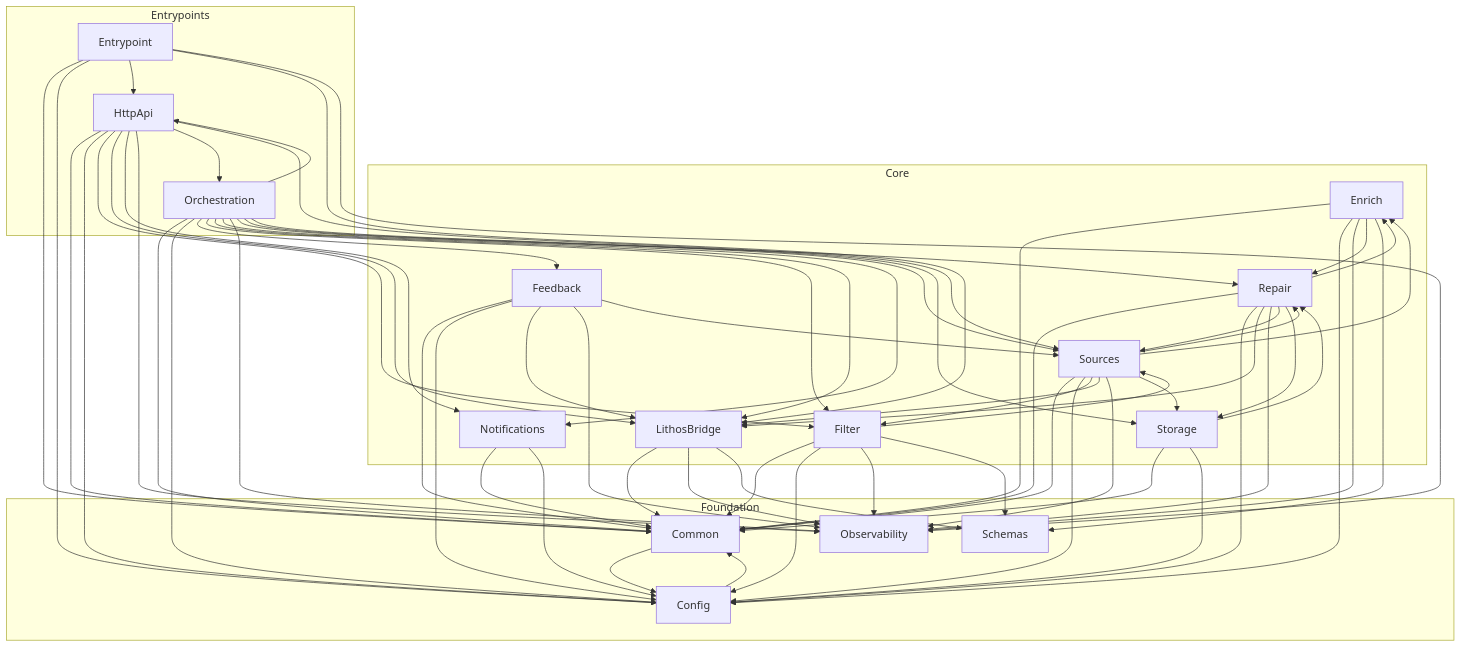
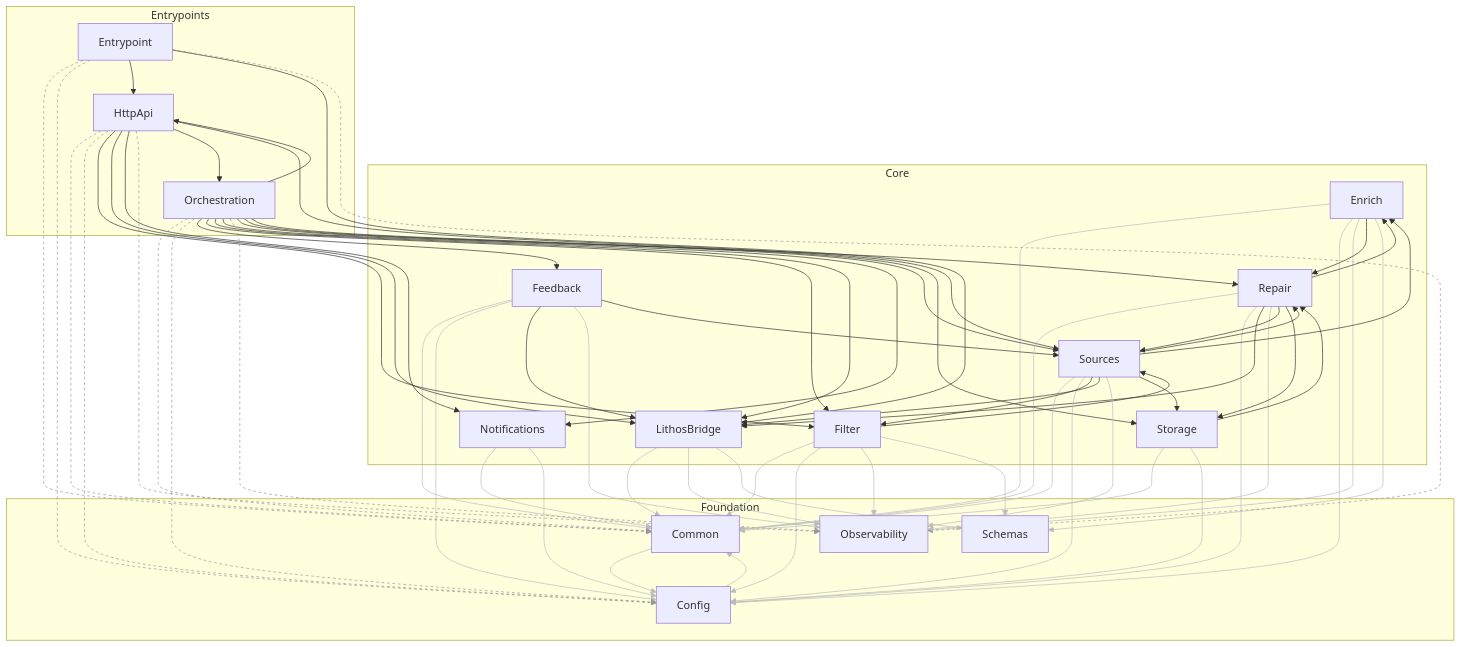
The diagram in docs/generated/architecture.md (agent-lore/influx), drawn with Mermaid before and after one commit. The commit also changed other lines of this file and 52 other files, not shown here.

First line of the commit message:
feat(guardrail): extend architecture tooling — metrics, budgets, trends, per-component pages (#258)

````diff
--- a/docs/generated/architecture.md
+++ b/docs/generated/architecture.md
@@ -26,6 +26,21 @@
     Observability
     Schemas
   end
+  click Common "components/Common.md"
+  click Config "components/Config.md"
+  click Enrich "components/Enrich.md"
+  click Entrypoint "components/Entrypoint.md"
+  click Feedback "components/Feedback.md"
+  click Filter "components/Filter.md"
+  click HttpApi "components/HttpApi.md"
+  click LithosBridge "components/LithosBridge.md"
+  click Notifications "components/Notifications.md"
+  click Observability "components/Observability.md"
+  click Orchestration "components/Orchestration.md"
+  click Repair "components/Repair.md"
+  click Schemas "components/Schemas.md"
+  click Sources "components/Sources.md"
+  click Storage "components/Storage.md"
   Common --> Config
   Config --> Common
   Enrich --> Common
@@ -90,4 +105,39 @@
   Storage --> Common
   Storage --> Config
   Storage --> Repair
+  linkStyle 0 stroke:#bbb
+  linkStyle 1 stroke:#bbb
+  linkStyle 2 stroke:#bbb
+  linkStyle 3 stroke:#bbb
+  linkStyle 4 stroke:#bbb
+  linkStyle 6 stroke:#bbb
+  linkStyle 7 stroke:#999,stroke-dasharray:4
+  linkStyle 8 stroke:#999,stroke-dasharray:4
+  linkStyle 11 stroke:#999,stroke-dasharray:4
+  linkStyle 12 stroke:#bbb
+  linkStyle 13 stroke:#bbb
+  linkStyle 15 stroke:#bbb
+  linkStyle 17 stroke:#bbb
+  linkStyle 18 stroke:#bbb
+  linkStyle 19 stroke:#bbb
+  linkStyle 20 stroke:#bbb
+  linkStyle 22 stroke:#999,stroke-dasharray:4
+  linkStyle 23 stroke:#999,stroke-dasharray:4
+  linkStyle 27 stroke:#999,stroke-dasharray:4
+  linkStyle 30 stroke:#bbb
+  linkStyle 31 stroke:#bbb
+  linkStyle 32 stroke:#bbb
+  linkStyle 33 stroke:#bbb
+  linkStyle 34 stroke:#bbb
+  linkStyle 35 stroke:#999,stroke-dasharray:4
+  linkStyle 36 stroke:#999,stroke-dasharray:4
+  linkStyle 42 stroke:#999,stroke-dasharray:4
+  linkStyle 46 stroke:#bbb
+  linkStyle 47 stroke:#bbb
+  linkStyle 50 stroke:#bbb
+  linkStyle 53 stroke:#bbb
+  linkStyle 54 stroke:#bbb
+  linkStyle 58 stroke:#bbb
+  linkStyle 61 stroke:#bbb
+  linkStyle 62 stroke:#bbb
 ```
````
